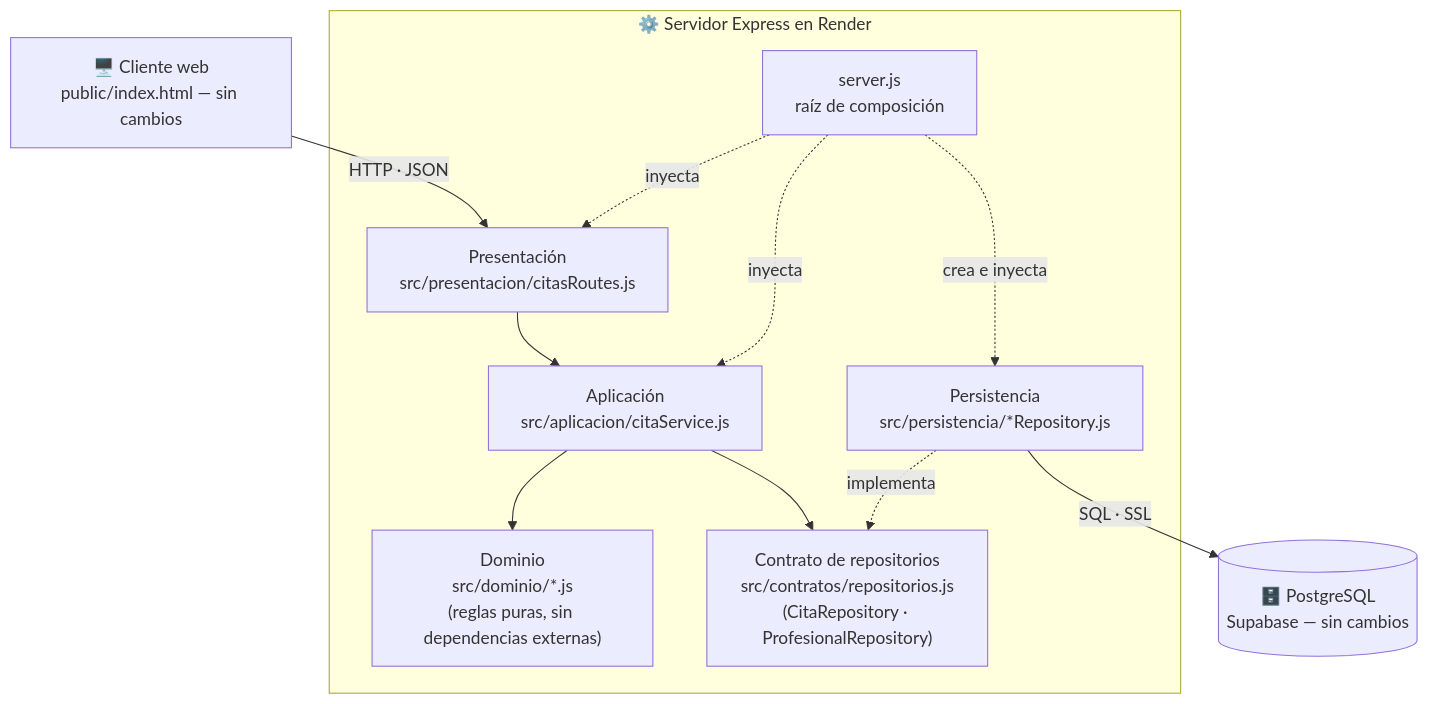
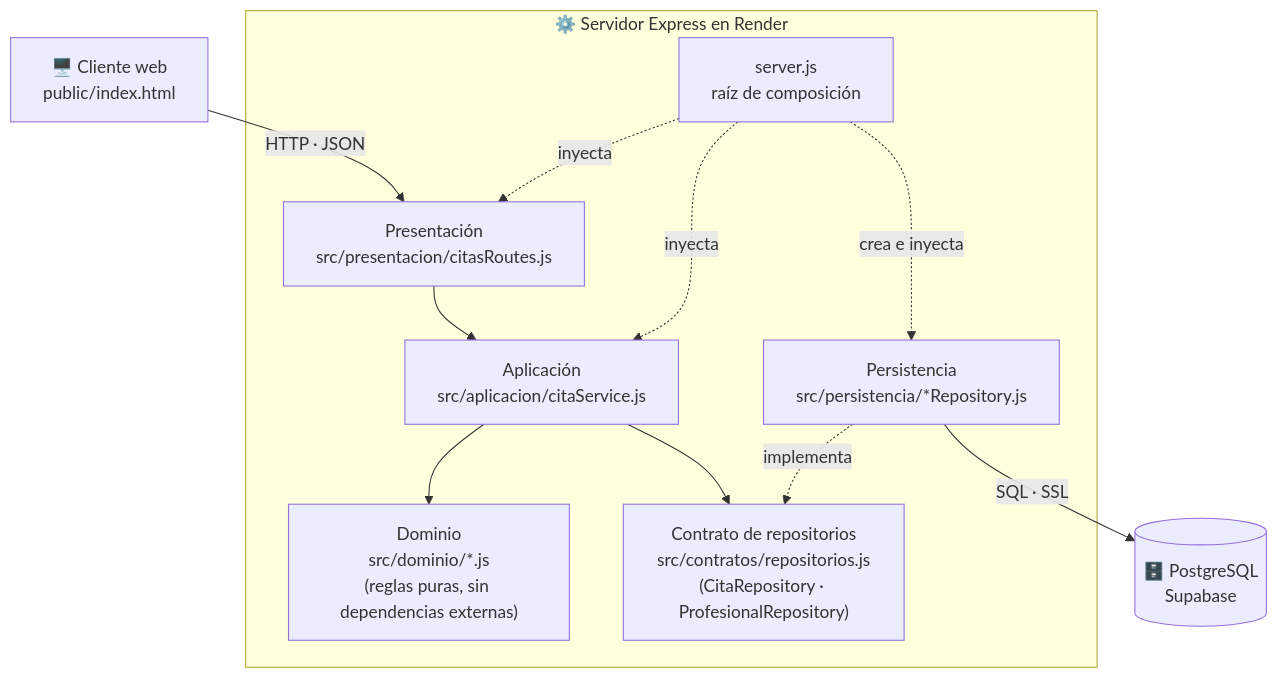
One commit to Null01/demo-cliente-servidor changed the second of 4 diagrams in README.md. Above: the diagram before and after it, drawn with Mermaid. The commit also changed other lines of this file, not shown here.

First line of the commit message:
docs(readme): 📝 corrige afirmaciones desactualizadas sobre cliente, API y despliegue

````diff
--- a/README.md
+++ b/README.md
@@ -93,14 +92,14 @@
 ```mermaid
 flowchart TB
-    C["🖥️ Cliente web<br/>public/index.html — sin cambios"] -- "HTTP · JSON" --> P
+    C["🖥️ Cliente web<br/>public/index.html"] -- "HTTP · JSON" --> P
     subgraph S["⚙️ Servidor Express en Render"]
         P["Presentación<br/>src/presentacion/citasRoutes.js"] --> A["Aplicación<br/>src/aplicacion/citaService.js"]
         A --> D["Dominio<br/>src/dominio/*.js<br/>(reglas puras, sin dependencias externas)"]
         A --> K["Contrato de repositorios<br/>src/contratos/repositorios.js<br/>(CitaRepository · ProfesionalRepository)"]
         R["Persistencia<br/>src/persistencia/*Repository.js"] -. "implementa" .-> K
         W["server.js<br/>raíz de composición"] -. "crea e inyecta" .-> R
         W -. "inyecta" .-> A
         W -. "inyecta" .-> P
     end
-    R -- "SQL · SSL" --> PG[("🗄️ PostgreSQL<br/>Supabase — sin cambios")]
+    R -- "SQL · SSL" --> PG[("🗄️ PostgreSQL<br/>Supabase")]
 ```
````
